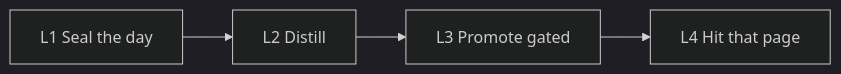
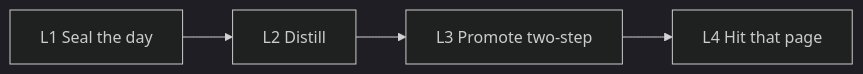
Before and after one commit to 398894496-arch/runtime36: the diagram in README.md, drawn with Mermaid (dark theme). The commit also changed other lines of this file and 7 other files, not shown here.

````diff
--- a/README.md
+++ b/README.md
@@ -12,6 +27,6 @@
 ```mermaid
 flowchart LR
   L1[L1 Seal the day] --> L2[L2 Distill]
-  L2 --> L3[L3 Promote gated]
+  L2 --> L3[L3 Promote two-step]
   L3 --> L4[L4 Hit that page]
 ```
````
